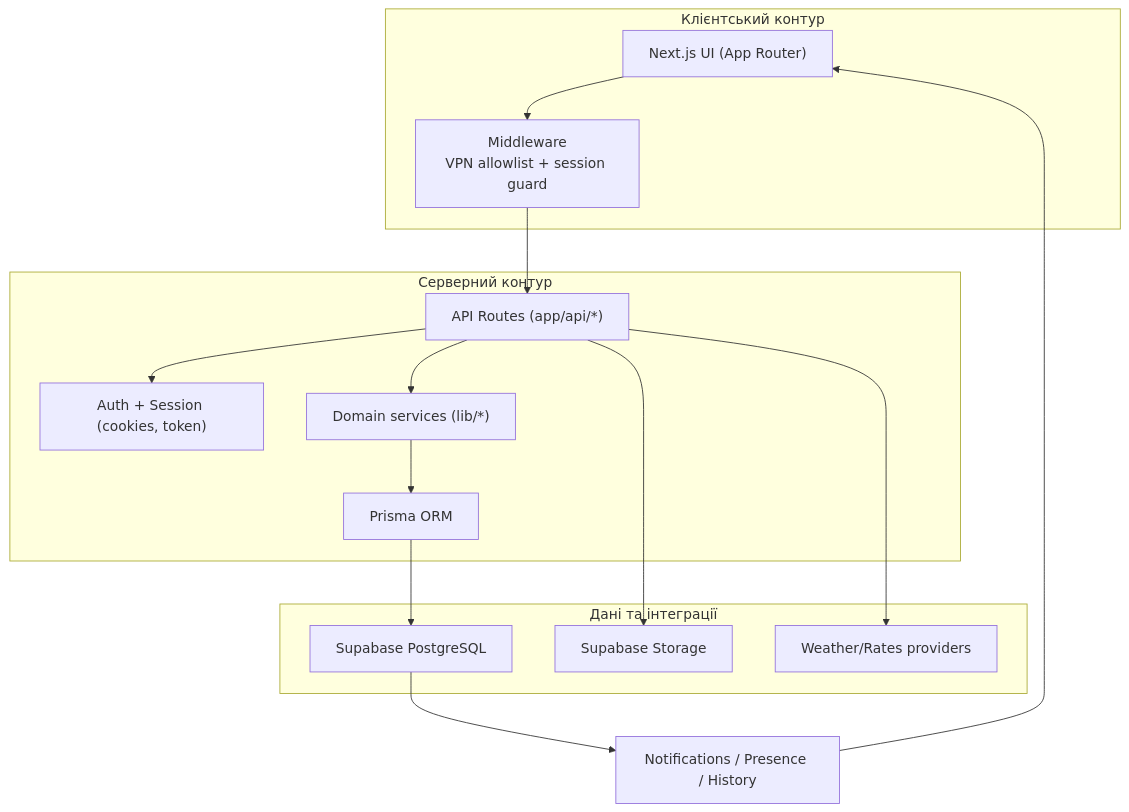
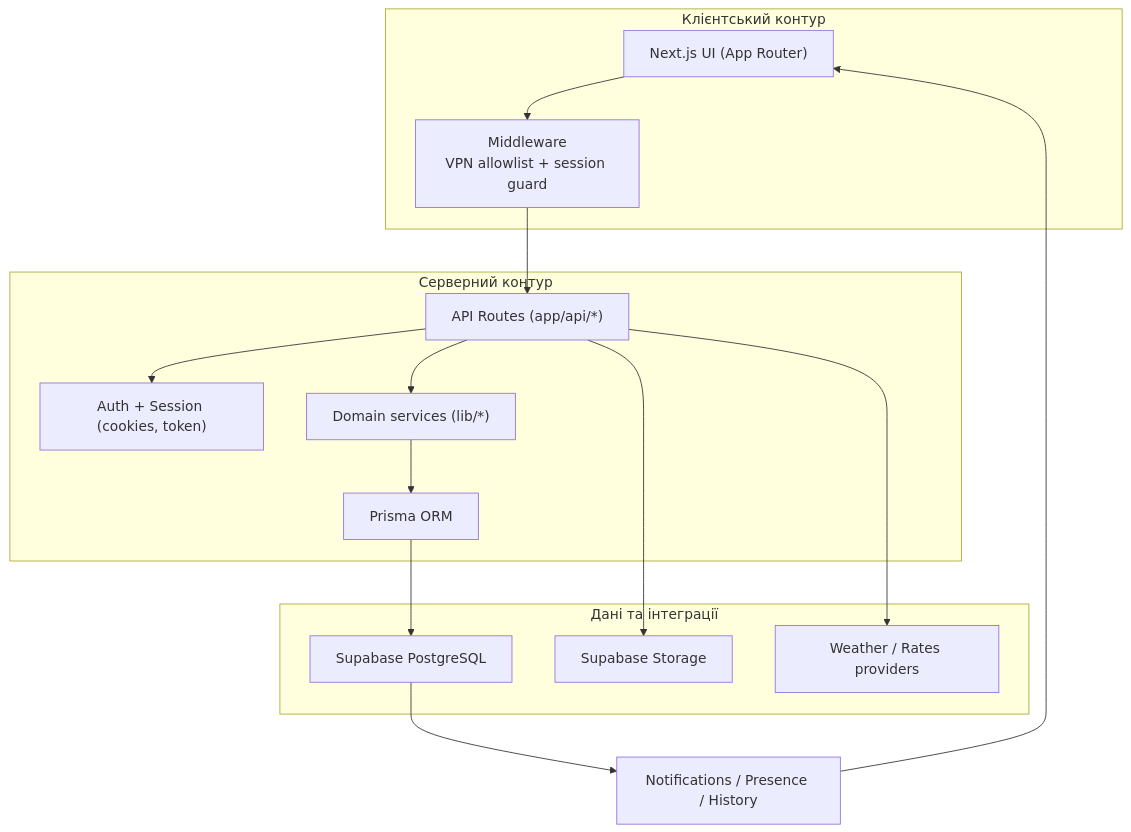
Before and after one commit to xxxquide/Agroplus_Practice: the first of 4 diagrams in README.md, drawn with Mermaid. The commit also changed other lines of this file, not shown here.

````diff
--- a/README.md
+++ b/README.md
@@ -29,31 +45,31 @@
 ```mermaid
 flowchart TB
   subgraph C["Клієнтський контур"]
     UI["Next.js UI (App Router)"]
     MW["Middleware<br/>VPN allowlist + session guard"]
     UI --> MW
   end
 
   subgraph S["Серверний контур"]
     API["API Routes (app/api/*)"]
     AUTH["Auth + Session (cookies, token)"]
     DOMAIN["Domain services (lib/*)"]
     PRISMA["Prisma ORM"]
     MW --> API
     API --> AUTH
     API --> DOMAIN
     DOMAIN --> PRISMA
   end
 
   subgraph D["Дані та інтеграції"]
     PG["Supabase PostgreSQL"]
     ST["Supabase Storage"]
-    EXT["Weather/Rates providers"]
+    EXT["Weather / Rates providers"]
     PRISMA --> PG
     API --> ST
     API --> EXT
   end
 
   PG --> NOTIF["Notifications / Presence / History"]
   NOTIF --> UI
 ```
````
